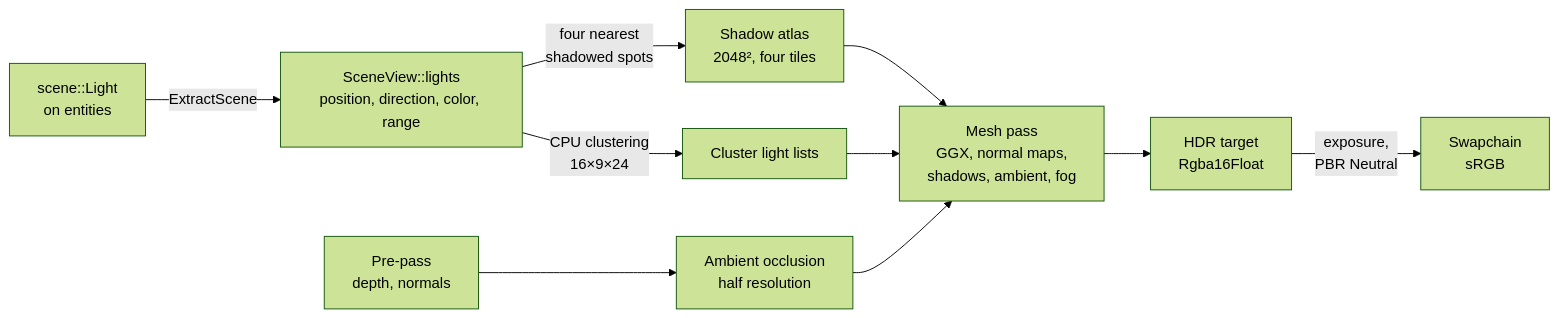
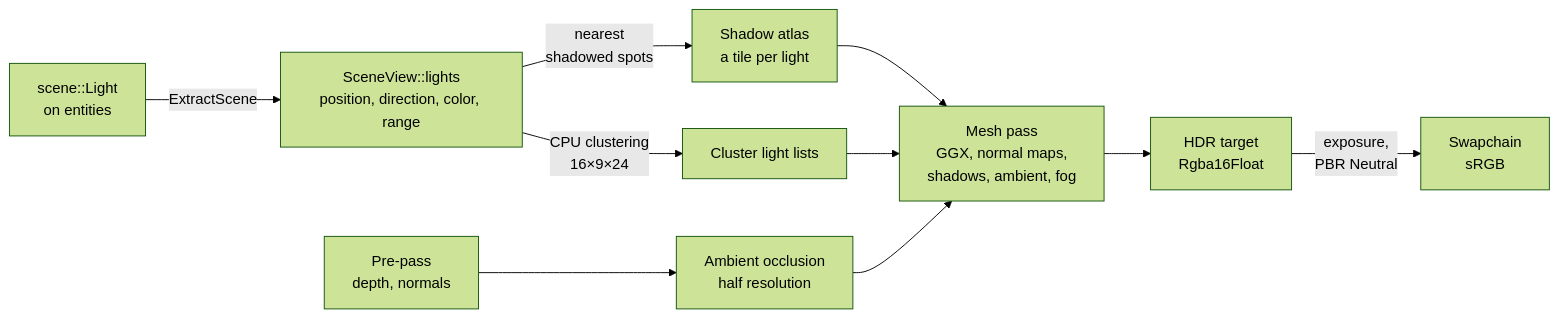
One commit to SBXdev3D/daidalos-engine-next changed the eighth of 9 diagrams in docs/ARCHITECTURE.md. Above: the diagram before and after it, drawn with Mermaid (forest theme). The commit also changed other lines of this file and 6 other files, not shown here.

````diff
--- a/docs/ARCHITECTURE.md
+++ b/docs/ARCHITECTURE.md
@@ -172,12 +174,12 @@
 ```mermaid
 flowchart LR
     E["scene::Light<br/>on entities"] -->|"ExtractScene"| L["SceneView::lights<br/>position, direction, color, range"]
-    L -->|"four nearest<br/>shadowed spots"| SM["Shadow atlas<br/>2048², four tiles"]
+    L -->|"nearest<br/>shadowed spots"| SM["Shadow atlas<br/>a tile per light"]
     SM --> M
     L -->|"CPU clustering<br/>16×9×24"| CL["Cluster light lists"]
     CL --> M["Mesh pass<br/>GGX, normal maps,<br/>shadows, ambient, fog"]
     P["Pre-pass<br/>depth, normals"] --> AO["Ambient occlusion<br/>half resolution"]
     AO --> M
     M --> H["HDR target<br/>Rgba16Float"]
     H -->|"exposure,<br/>PBR Neutral"| S["Swapchain<br/>sRGB"]
 ```
````
